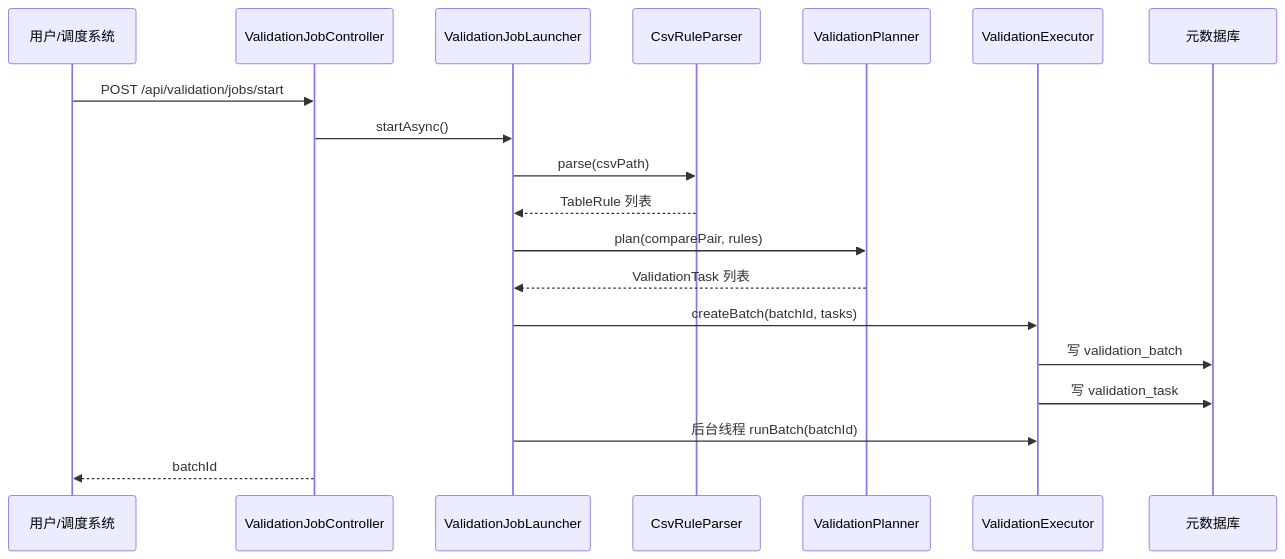
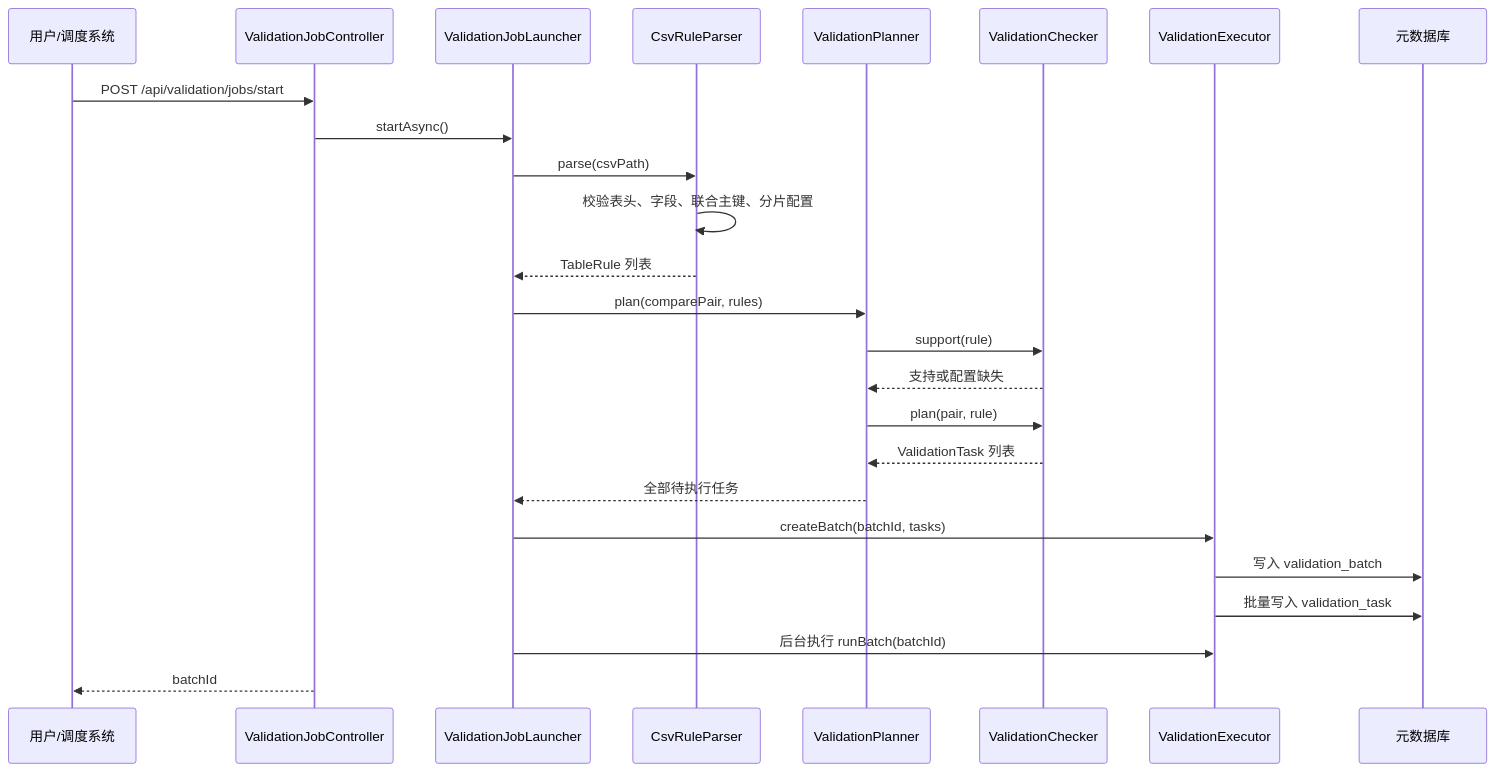
One commit to xiaobin-zhang/odsdatamigration changed the first of 5 diagrams in docs/detailed-design.md. Above: the diagram before and after it, drawn with Mermaid. The commit also changed other lines of this file and 59 other files, not shown here.

````diff
--- a/docs/detailed-design.md
+++ b/docs/detailed-design.md
@@ -316,22 +193,28 @@
 ```mermaid
 sequenceDiagram
     participant User as 用户/调度系统
     participant API as ValidationJobController
     participant Launcher as ValidationJobLauncher
     participant CSV as CsvRuleParser
     participant Planner as ValidationPlanner
+    participant Checker as ValidationChecker
     participant Executor as ValidationExecutor
-    participant DB as 元数据库
+    participant MetaDB as 元数据库
 
     User->>API: POST /api/validation/jobs/start
     API->>Launcher: startAsync()
     Launcher->>CSV: parse(csvPath)
+    CSV->>CSV: 校验表头、字段、联合主键、分片配置
     CSV-->>Launcher: TableRule 列表
     Launcher->>Planner: plan(comparePair, rules)
-    Planner-->>Launcher: ValidationTask 列表
+    Planner->>Checker: support(rule)
+    Checker-->>Planner: 支持或配置缺失
+    Planner->>Checker: plan(pair, rule)
+    Checker-->>Planner: ValidationTask 列表
+    Planner-->>Launcher: 全部待执行任务
     Launcher->>Executor: createBatch(batchId, tasks)
-    Executor->>DB: 写 validation_batch
-    Executor->>DB: 写 validation_task
-    Launcher->>Executor: 后台线程 runBatch(batchId)
+    Executor->>MetaDB: 写入 validation_batch
+    Executor->>MetaDB: 批量写入 validation_task
+    Launcher->>Executor: 后台执行 runBatch(batchId)
     API-->>User: batchId
 ```
````
